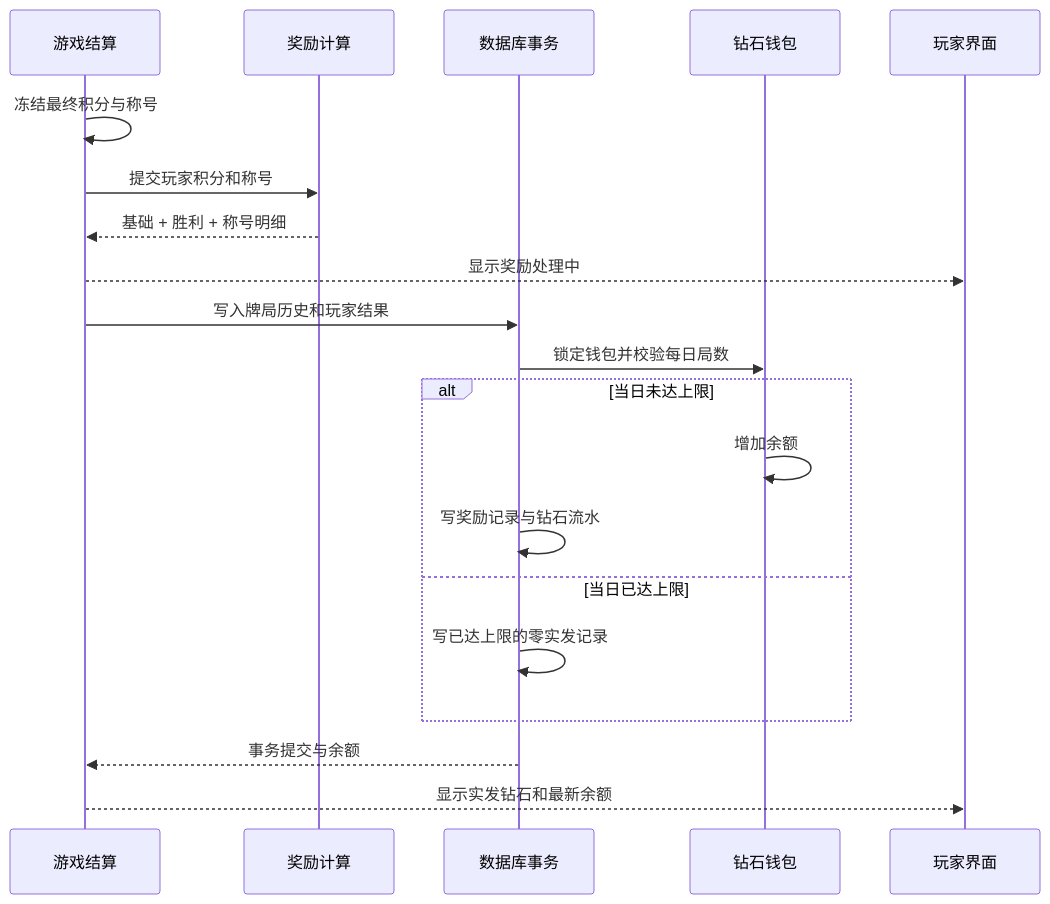
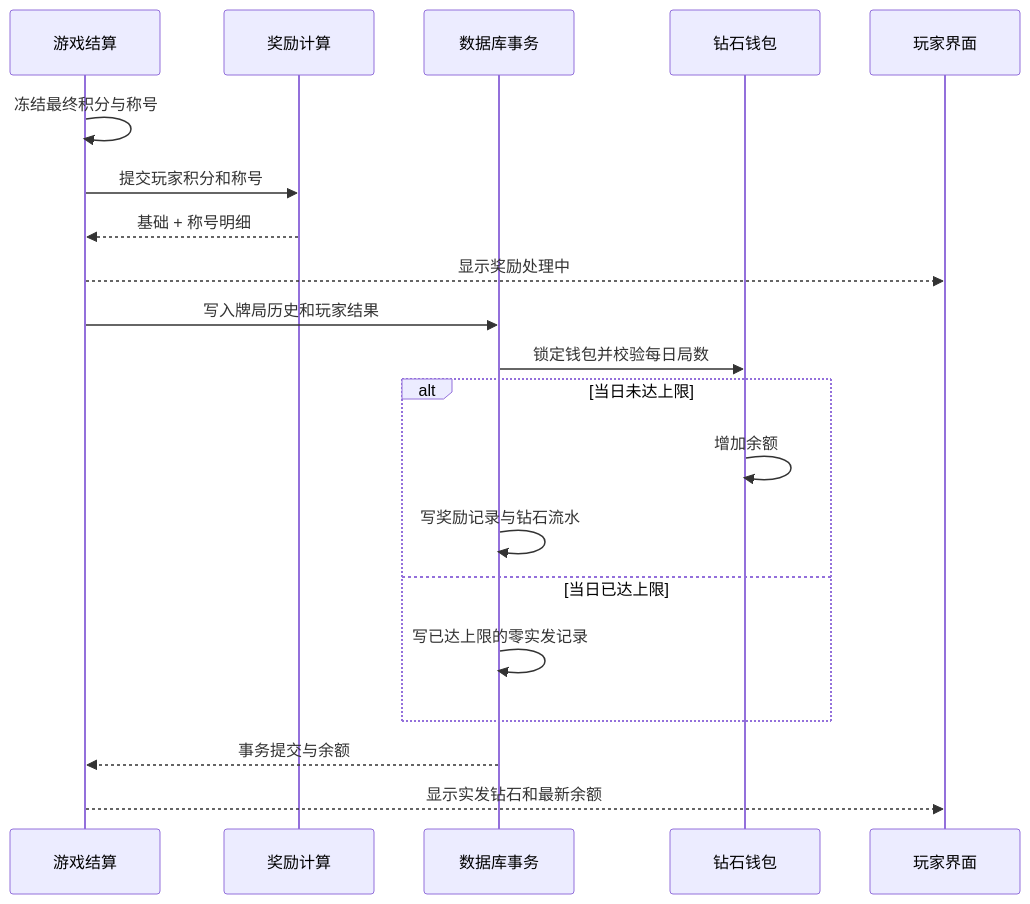
One commit to hsckaka-netizen/chao-dipi-online changed the diagram in docs/diamond-system-requirement-analysis.md. Above: the diagram before and after it, drawn with Mermaid. The commit also changed other lines of this file and 3 other files, not shown here.

````diff
--- a/docs/diamond-system-requirement-analysis.md
+++ b/docs/diamond-system-requirement-analysis.md
@@ -80,23 +78,23 @@
 ```mermaid
 sequenceDiagram
     participant G as 游戏结算
     participant R as 奖励计算
     participant D as 数据库事务
     participant W as 钻石钱包
     participant P as 玩家界面
 
     G->>G: 冻结最终积分与称号
     G->>R: 提交玩家积分和称号
-    R-->>G: 基础 + 胜利 + 称号明细
+    R-->>G: 基础 + 称号明细
     G-->>P: 显示奖励处理中
     G->>D: 写入牌局历史和玩家结果
     D->>W: 锁定钱包并校验每日局数
     alt 当日未达上限
         W->>W: 增加余额
         D->>D: 写奖励记录与钻石流水
     else 当日已达上限
         D->>D: 写已达上限的零实发记录
     end
     D-->>G: 事务提交与余额
     G-->>P: 显示实发钻石和最新余额
 ```
````
